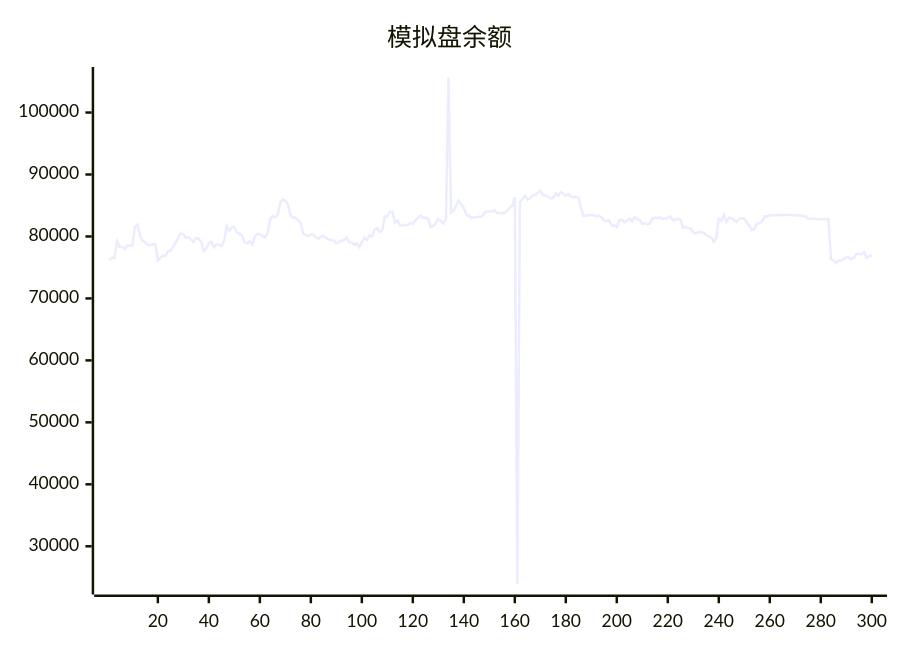
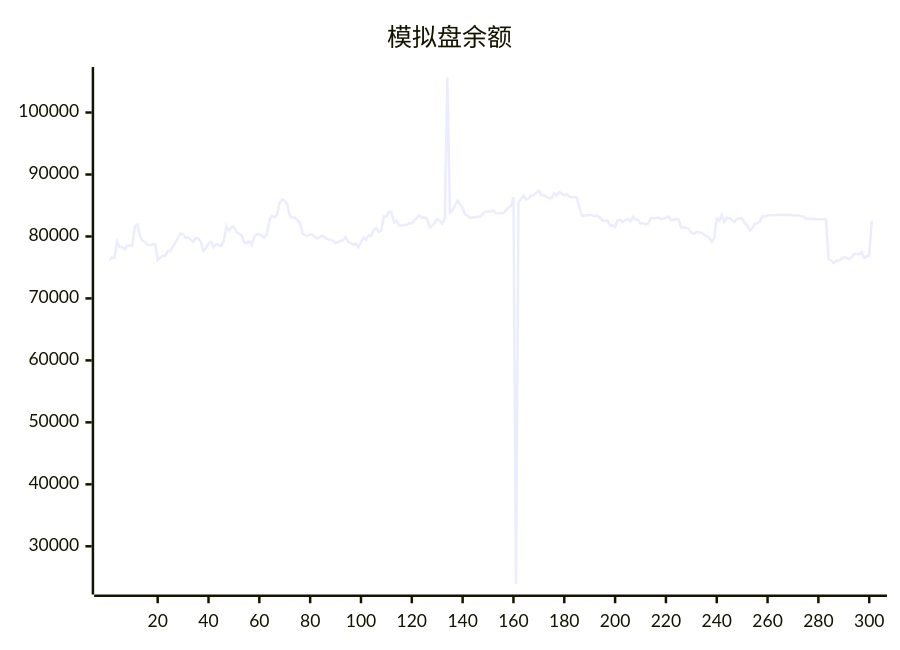
One commit to aahl/ai-trading changed the diagram in README.md. Above: the diagram before and after it, drawn with Mermaid. The commit also changed other lines of this file and 1 other file, not shown here.

````diff
--- a/README.md
+++ b/README.md
@@ -5,5 +5,5 @@
 ```mermaid
 xychart
     title "模拟盘余额"
-    line [76179,76553,76551,79196,78300,78300,77944,78531,78531,78521,81564,81884,80160,79335,79055,78675,78580,78708,78764,76179,76586,76902,76876,77658,77669,78346,79023,79769,80497,80366,79761,79896,79448,79126,79749,79658,79097,77695,78114,78888,79126,78249,78738,78653,78478,79271,81680,80923,81488,81527,80681,80455,80190,79084,78879,79193,78686,79954,80403,80374,80118,79848,80491,82665,83351,83098,83525,85430,85983,85737,85221,83378,83014,83043,82613,82216,80477,80208,80081,80348,80277,79894,79670,79965,80093,79786,79542,79406,79371,78893,79087,79304,79406,79841,79072,78978,78696,78846,78272,79085,79787,79442,80198,80031,81120,81379,80718,80985,83214,83212,83993,83921,82270,82547,81776,81776,81866,81866,82158,82061,82596,83000,83408,83041,83050,82858,81503,81691,82188,82812,82517,82092,82901,105633,83898,84180,85030,85781,85178,84604,83569,83298,83008,83093,83107,83175,83228,83729,84025,84017,84019,84177,83775,83762,83785,83738,84160,84639,84939,86370,23934,85548,86046,86599,85942,86161,86622,86664,87115,87369,86666,86685,86384,86152,86243,86969,86548,87164,86885,86566,86809,86427,86348,86417,86273,84538,83299,83369,83430,83490,83404,83270,83362,83056,82605,82459,82614,81734,81788,81551,82598,82702,82320,82580,82878,82426,83139,82778,82686,82056,82166,81963,82110,82951,82983,82984,83038,82838,82915,82998,83235,82642,82682,82858,82746,81396,81512,81362,81277,80600,80461,80699,80673,80616,80288,80038,79836,79142,79722,82837,82533,83480,82366,83032,82960,82654,82330,82883,82934,82901,82188,81728,81005,81298,82110,82135,82449,83264,83203,83440,83439,83440,83440,83446,83447,83448,83447,83448,83449,83369,83369,83369,83313,83256,82872,82873,82801,82844,82785,82791,82791,82793,82794,76339,76145,75714,76110,76096,76397,76594,76585,76310,76607,77160,77170,77160,77456,76541,76774,76927]
+    line [76179,76553,76551,79196,78300,78300,77944,78531,78531,78521,81564,81884,80160,79335,79055,78675,78580,78708,78764,76179,76586,76902,76876,77658,77669,78346,79023,79769,80497,80366,79761,79896,79448,79126,79749,79658,79097,77695,78114,78888,79126,78249,78738,78653,78478,79271,81680,80923,81488,81527,80681,80455,80190,79084,78879,79193,78686,79954,80403,80374,80118,79848,80491,82665,83351,83098,83525,85430,85983,85737,85221,83378,83014,83043,82613,82216,80477,80208,80081,80348,80277,79894,79670,79965,80093,79786,79542,79406,79371,78893,79087,79304,79406,79841,79072,78978,78696,78846,78272,79085,79787,79442,80198,80031,81120,81379,80718,80985,83214,83212,83993,83921,82270,82547,81776,81776,81866,81866,82158,82061,82596,83000,83408,83041,83050,82858,81503,81691,82188,82812,82517,82092,82901,105633,83898,84180,85030,85781,85178,84604,83569,83298,83008,83093,83107,83175,83228,83729,84025,84017,84019,84177,83775,83762,83785,83738,84160,84639,84939,86370,23934,85548,86046,86599,85942,86161,86622,86664,87115,87369,86666,86685,86384,86152,86243,86969,86548,87164,86885,86566,86809,86427,86348,86417,86273,84538,83299,83369,83430,83490,83404,83270,83362,83056,82605,82459,82614,81734,81788,81551,82598,82702,82320,82580,82878,82426,83139,82778,82686,82056,82166,81963,82110,82951,82983,82984,83038,82838,82915,82998,83235,82642,82682,82858,82746,81396,81512,81362,81277,80600,80461,80699,80673,80616,80288,80038,79836,79142,79722,82837,82533,83480,82366,83032,82960,82654,82330,82883,82934,82901,82188,81728,81005,81298,82110,82135,82449,83264,83203,83440,83439,83440,83440,83446,83447,83448,83447,83448,83449,83369,83369,83369,83313,83256,82872,82873,82801,82844,82785,82791,82791,82793,82794,76339,76145,75714,76110,76096,76397,76594,76585,76310,76607,77160,77170,77160,77456,76541,76774,76927,82520]
 ```
````
